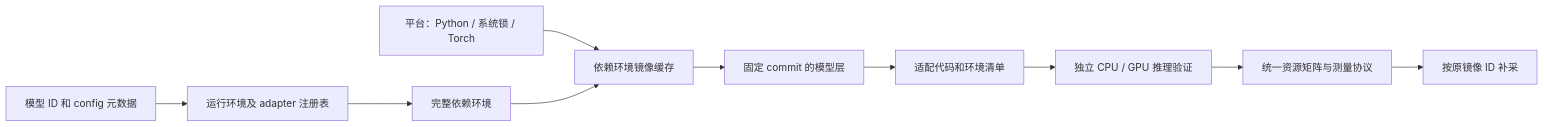
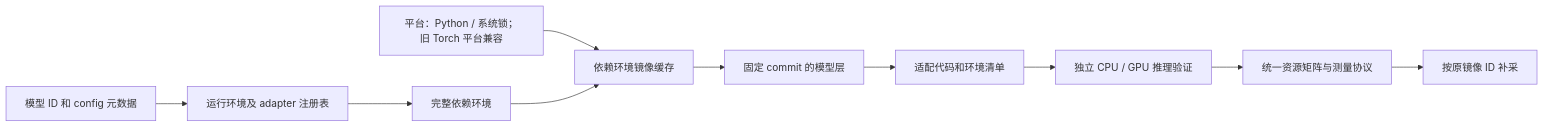
One commit to kainam15/universal-profiles changed the diagram in docs/Runtime_Compatibility.md. Above: the diagram before and after it, drawn with Mermaid. The commit also changed other lines of this file and 83 other files, not shown here.

````diff
--- a/docs/Runtime_Compatibility.md
+++ b/docs/Runtime_Compatibility.md
@@ -21,12 +21,12 @@
 ```mermaid
 flowchart LR
     model[模型 ID 和 config 元数据] --> route[运行环境及 adapter 注册表]
     route --> env[完整依赖环境]
-    platform[平台：Python / 系统锁 / Torch] --> deps[依赖环境镜像缓存]
+    platform[平台：Python / 系统锁；旧 Torch 平台兼容] --> deps[依赖环境镜像缓存]
     env --> deps
     deps --> weights[固定 commit 的模型层]
     weights --> code[适配代码和环境清单]
     code --> verify[独立 CPU / GPU 推理验证]
     verify --> matrix[统一资源矩阵与测量协议]
     matrix --> posthoc[按原镜像 ID 补采]
 ```
````
